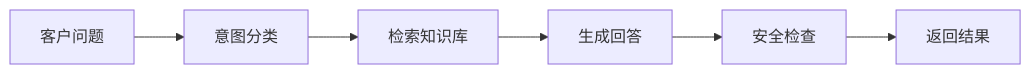
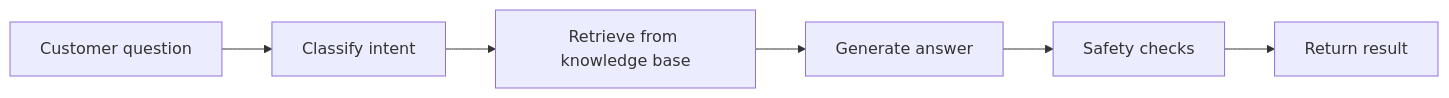
One commit to oneleaveknowsthefall/awesome-ai-roadmap changed the third of 16 diagrams in docs/agent/02-reasoning-planning/06-task-decomposition.md. Above: the diagram before and after it, drawn with Mermaid. The commit also changed other lines of this file and 68 other files, not shown here.

````diff
--- a/docs/agent/02-reasoning-planning/06-task-decomposition.md
+++ b/docs/agent/02-reasoning-planning/06-task-decomposition.md
@@ -239,8 +241,8 @@
 ```mermaid
 flowchart LR
-    IN[客户问题] --> C[意图分类]
-    C --> R[检索知识库]
-    R --> G[生成回答]
-    G --> S[安全检查]
-    S --> OUT[返回结果]
+    IN[Customer question] --> C[Classify intent]
+    C --> R[Retrieve from knowledge base]
+    R --> G[Generate answer]
+    G --> S[Safety checks]
+    S --> OUT[Return result]
 ```
````
